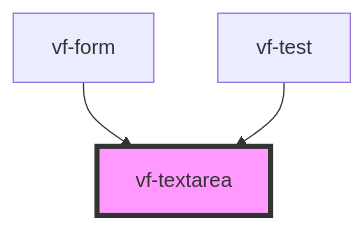
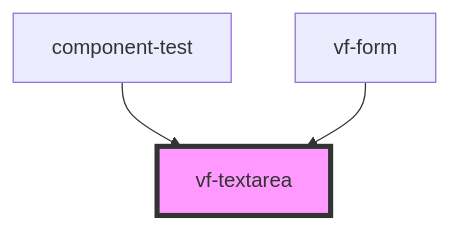
The diagram in src/components/textarea/readme.md (ols87/formable), drawn with Mermaid before and after one commit. The commit also changed other lines of this file and 28 other files, not shown here.

````diff
--- a/src/components/textarea/readme.md
+++ b/src/components/textarea/readme.md
@@ -35,6 +35,6 @@
 ```mermaid
 graph TD;
+  component-test --> vf-textarea
   vf-form --> vf-textarea
-  vf-test --> vf-textarea
   style vf-textarea fill:#f9f,stroke:#333,stroke-width:4px
 ```
````
